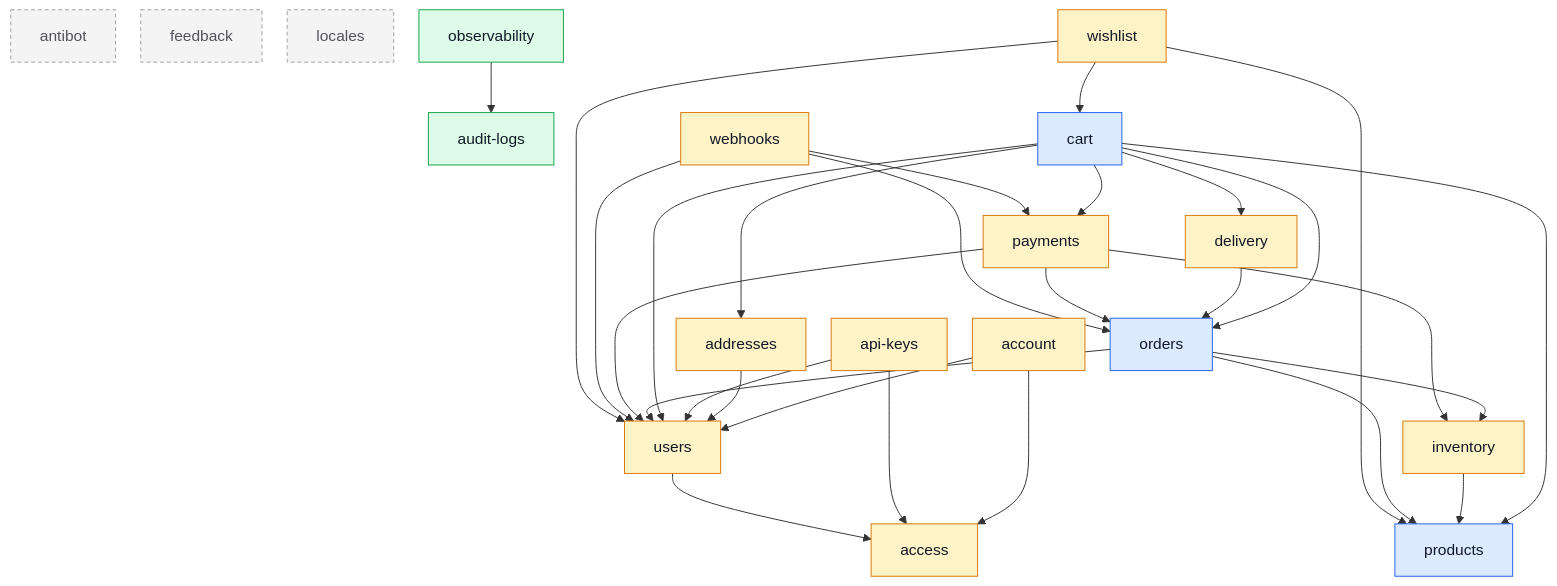
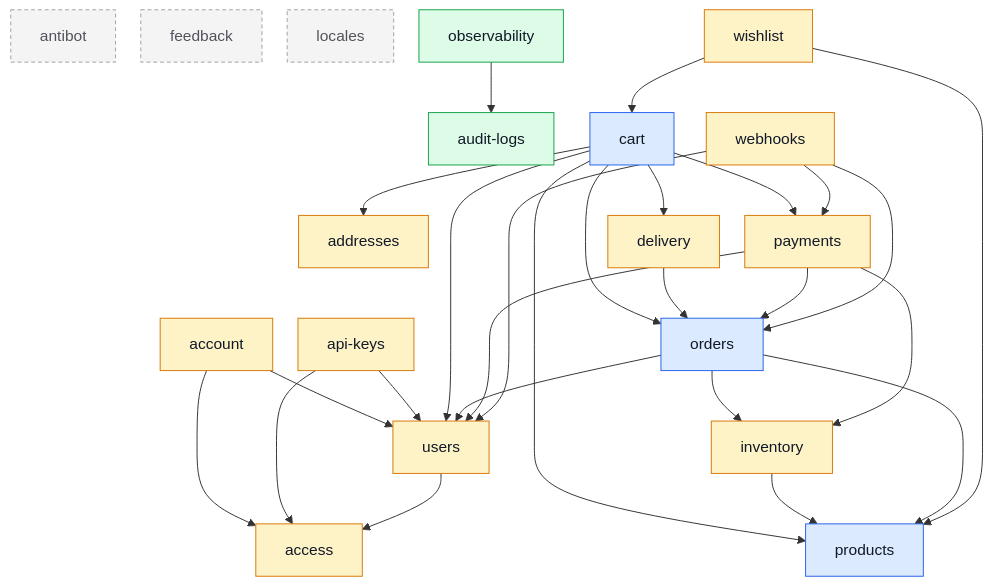
One commit to Guebbit/boilerplate-node-backend changed the diagram in docs/modules/index.md. Above: the diagram before and after it, drawn with Mermaid. The commit also changed other lines of this file and 38 other files, not shown here.

````diff
--- a/docs/modules/index.md
+++ b/docs/modules/index.md
@@ -40,59 +40,57 @@
 ```mermaid
 %%{init: {'flowchart': {'nodeSpacing': 26, 'rankSpacing': 52}}}%%
 flowchart TD
     access
     account
     addresses
     antibot
     api_keys["api-keys"]
     audit_logs["audit-logs"]
     cart
     delivery
     feedback
     inventory
     locales
     observability
     orders
     payments
     products
     users
     webhooks
     wishlist
 
     account --> access
     account --> users
-    addresses --> users
     api_keys --> access
     api_keys --> users
     cart --> addresses
     cart --> delivery
     cart --> orders
     cart --> payments
     cart --> products
     cart --> users
     delivery --> orders
     inventory --> products
     observability --> audit_logs
     orders --> inventory
     orders --> products
     orders --> users
     payments --> inventory
     payments --> orders
     payments --> users
     users --> access
     webhooks --> orders
     webhooks --> payments
     webhooks --> users
     wishlist --> cart
     wishlist --> products
-    wishlist --> users
 
     classDef core fill:#dbeafe,stroke:#2563eb,color:#111827;
     classDef supporting fill:#fef3c7,stroke:#d97706,color:#111827;
     classDef generic fill:#dcfce7,stroke:#16a34a,color:#111827;
     classDef isolated fill:#f4f4f5,stroke:#a1a1aa,color:#52525b,stroke-dasharray:4 3;
     class cart,orders,products core;
     class access,account,addresses,api_keys,delivery,inventory,payments,users,webhooks,wishlist supporting;
     class audit_logs,observability generic;
     class antibot,feedback,locales isolated;
 ```
````
